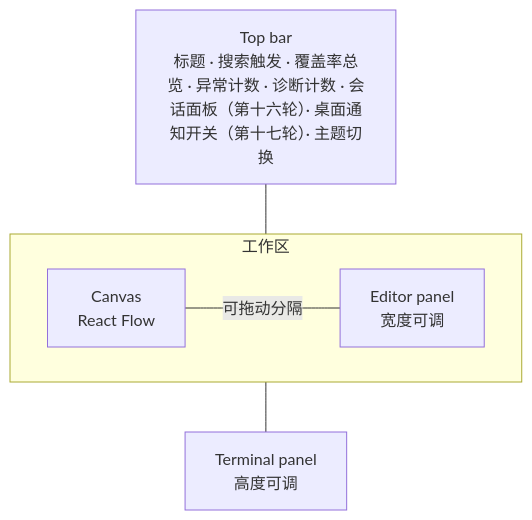
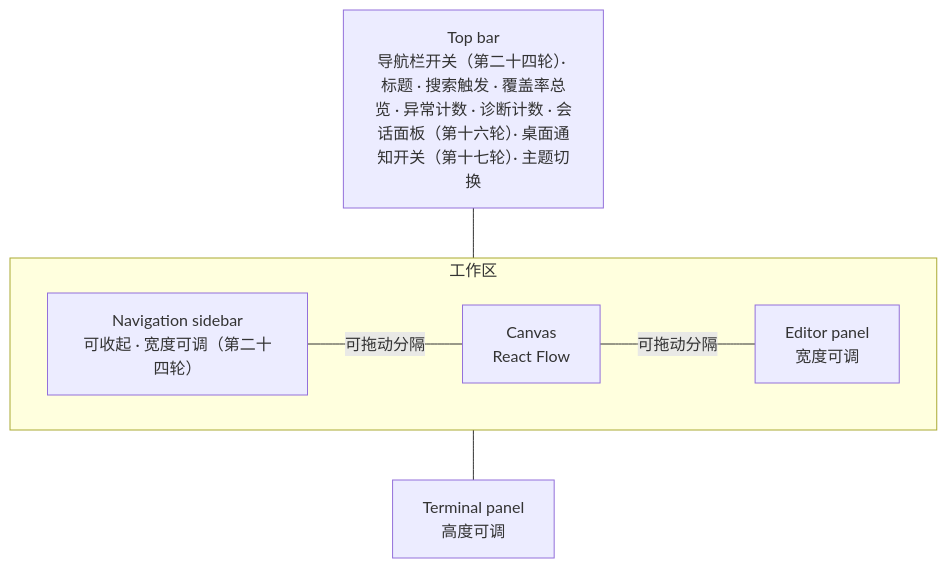
The first of 2 diagrams in docs/design/design-00002-whiteboard-ui.md (ryan-alexander-zhang/ai-native-project-template), drawn with Mermaid before and after one commit. The commit also changed other lines of this file and 5 other files, not shown here.

Commit message:
docs(whiteboard): 导航栏与缩略图——decision-00016、spec-00008、plan-00024，design-00002 第二十四轮

````diff
--- a/docs/design/design-00002-whiteboard-ui.md
+++ b/docs/design/design-00002-whiteboard-ui.md
@@ -60,10 +60,11 @@
 ```mermaid
 flowchart TB
-  TB[Top bar<br/>标题 · 搜索触发 · 覆盖率总览 · 异常计数 · 诊断计数 · 会话面板（第十六轮）· 桌面通知开关（第十七轮）· 主题切换]
+  TB[Top bar<br/>导航栏开关（第二十四轮）· 标题 · 搜索触发 · 覆盖率总览 · 异常计数 · 诊断计数 · 会话面板（第十六轮）· 桌面通知开关（第十七轮）· 主题切换]
   subgraph Work[工作区]
     direction LR
-    CV[Canvas<br/>React Flow] ---|可拖动分隔| EP[Editor panel<br/>宽度可调]
+    NV[Navigation sidebar<br/>可收起 · 宽度可调（第二十四轮）] ---|可拖动分隔| CV[Canvas<br/>React Flow]
+    CV ---|可拖动分隔| EP[Editor panel<br/>宽度可调]
   end
   TB --- Work
   Work --- TP[Terminal panel<br/>高度可调]
 ```
````
